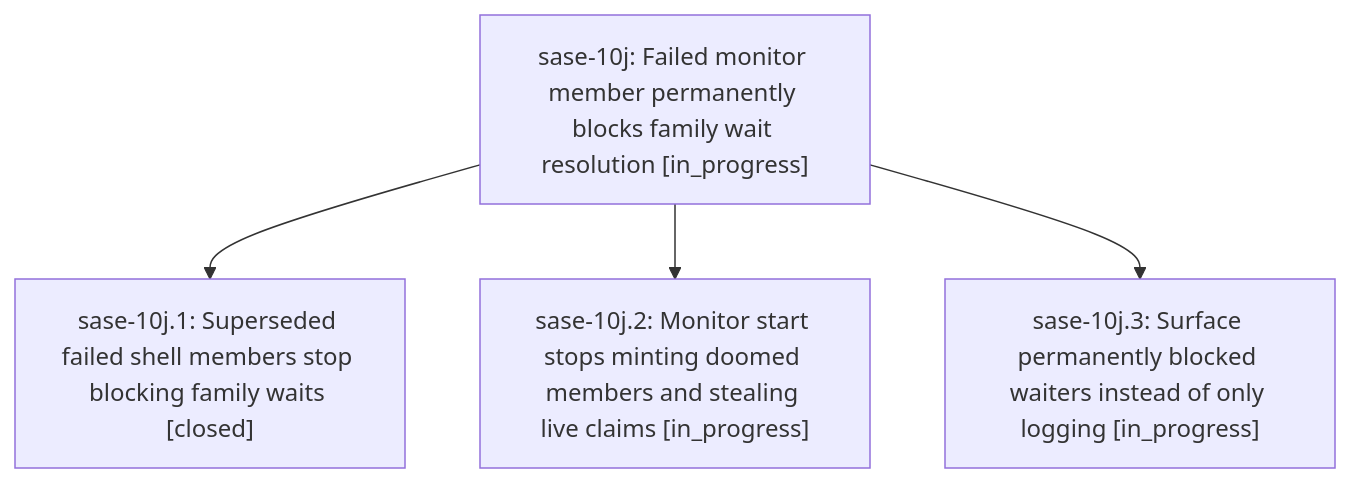
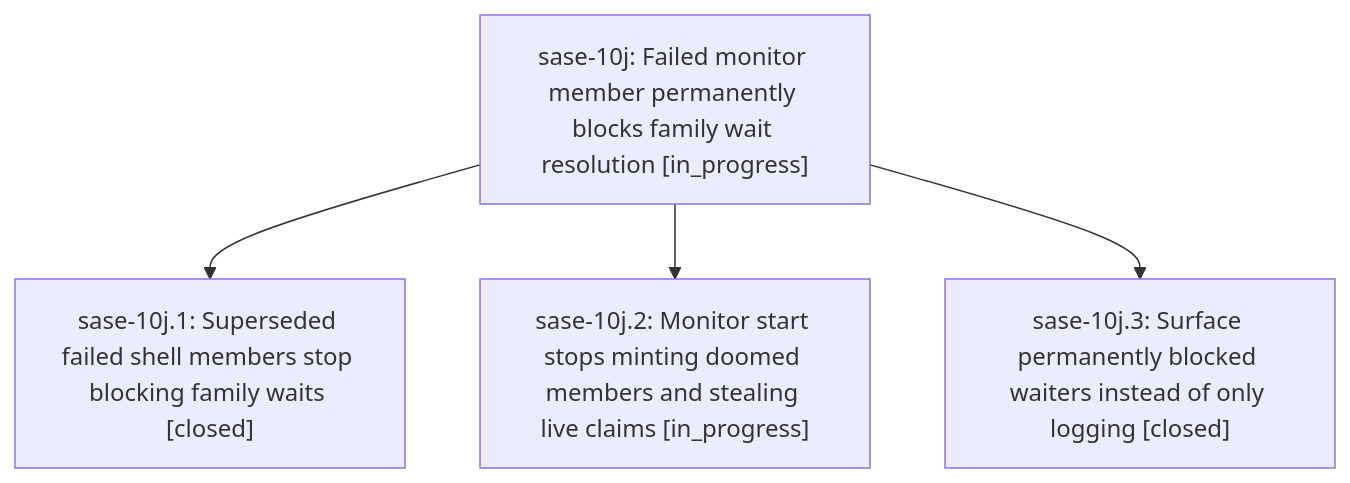
The diagram in pages/sase-10j/README.md (sase-org/sase--beads), drawn with Mermaid before and after one commit. The commit also changed other lines of this file and 3 other files, not shown here.

````diff
--- a/pages/sase-10j/README.md
+++ b/pages/sase-10j/README.md
@@ -24,10 +24,10 @@
 ```mermaid
 flowchart TD
     n0["sase-10j: Failed monitor member permanently blocks family wait resolution [in_progress]"]
     n1["sase-10j.1: Superseded failed shell members stop blocking family waits [closed]"]
     n2["sase-10j.2: Monitor start stops minting doomed members and stealing live claims [in_progress]"]
-    n3["sase-10j.3: Surface permanently blocked waiters instead of only logging [in_progress]"]
+    n3["sase-10j.3: Surface permanently blocked waiters instead of only logging [closed]"]
     n0 --> n1
     n0 --> n2
     n0 --> n3
 ```
````
